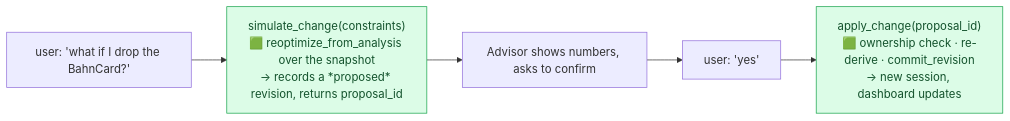
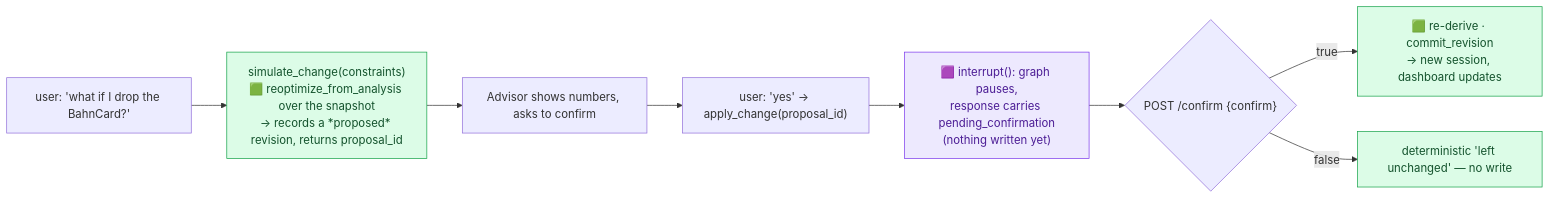
The eighth of 13 diagrams in DELIVERABLES/BACKEND_ARCHITECTURE_REPORT.md (tjorgeo/AIIM_DB_mobility_advisior), drawn with Mermaid before and after one commit. The commit also changed other lines of this file and 19 other files, not shown here.

First line of the commit message:
feat: implement human-in-the-loop confirmation for apply_change

````diff
--- a/DELIVERABLES/BACKEND_ARCHITECTURE_REPORT.md
+++ b/DELIVERABLES/BACKEND_ARCHITECTURE_REPORT.md
@@ -316,9 +335,14 @@
 ```mermaid
 flowchart LR
     U["user: 'what if I drop the BahnCard?'"] --> SIM["simulate_change(constraints)<br/>🟩 reoptimize_from_analysis over the snapshot<br/>→ records a *proposed* revision, returns proposal_id"]
     SIM --> ASK["Advisor shows numbers, asks to confirm"]
-    ASK --> YES["user: 'yes'"]
-    YES --> APP["apply_change(proposal_id)<br/>🟩 ownership check · re-derive · commit_revision<br/>→ new session, dashboard updates"]
+    ASK --> YES["user: 'yes' → apply_change(proposal_id)"]
+    YES --> INT["🟪 interrupt(): graph pauses,<br/>response carries pending_confirmation<br/>(nothing written yet)"]
+    INT --> CONF{"POST /confirm {confirm}"}
+    CONF -->|true| APP["🟩 re-derive · commit_revision<br/>→ new session, dashboard updates"]
+    CONF -->|false| CX["deterministic 'left unchanged' — no write"]
     classDef det fill:#dcfce7,stroke:#16a34a,color:#14532d;
-    class SIM,APP det;
+    classDef agent fill:#ede9fe,stroke:#7c3aed,color:#4c1d95;
+    class SIM,APP,CX det;
+    class INT agent;
 ```
````
